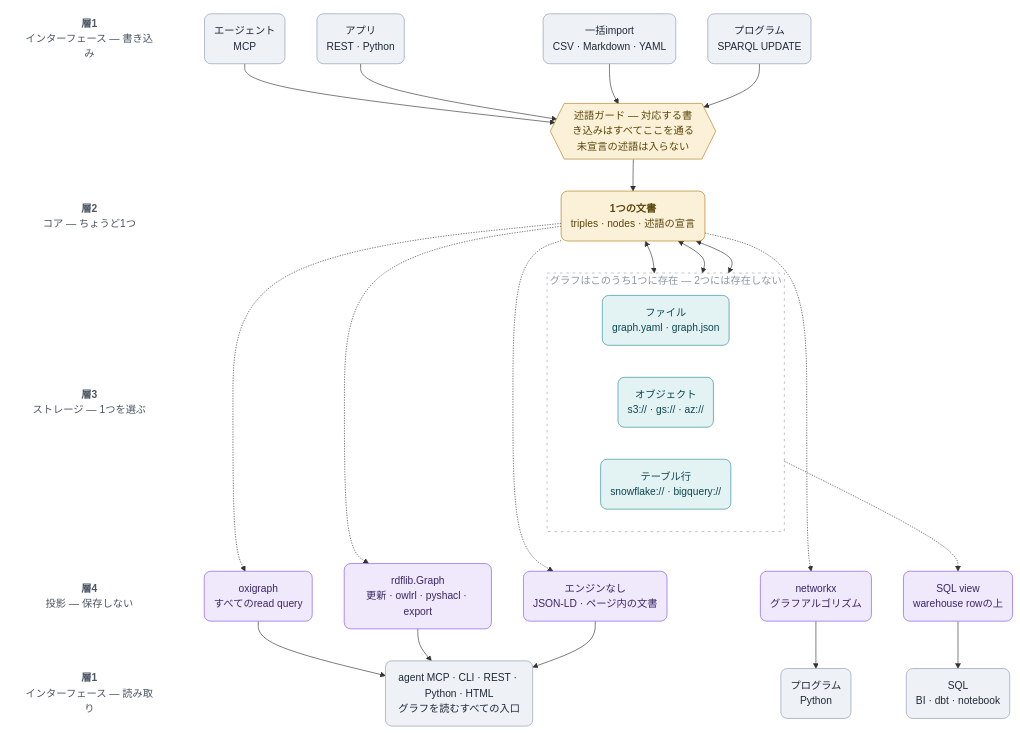
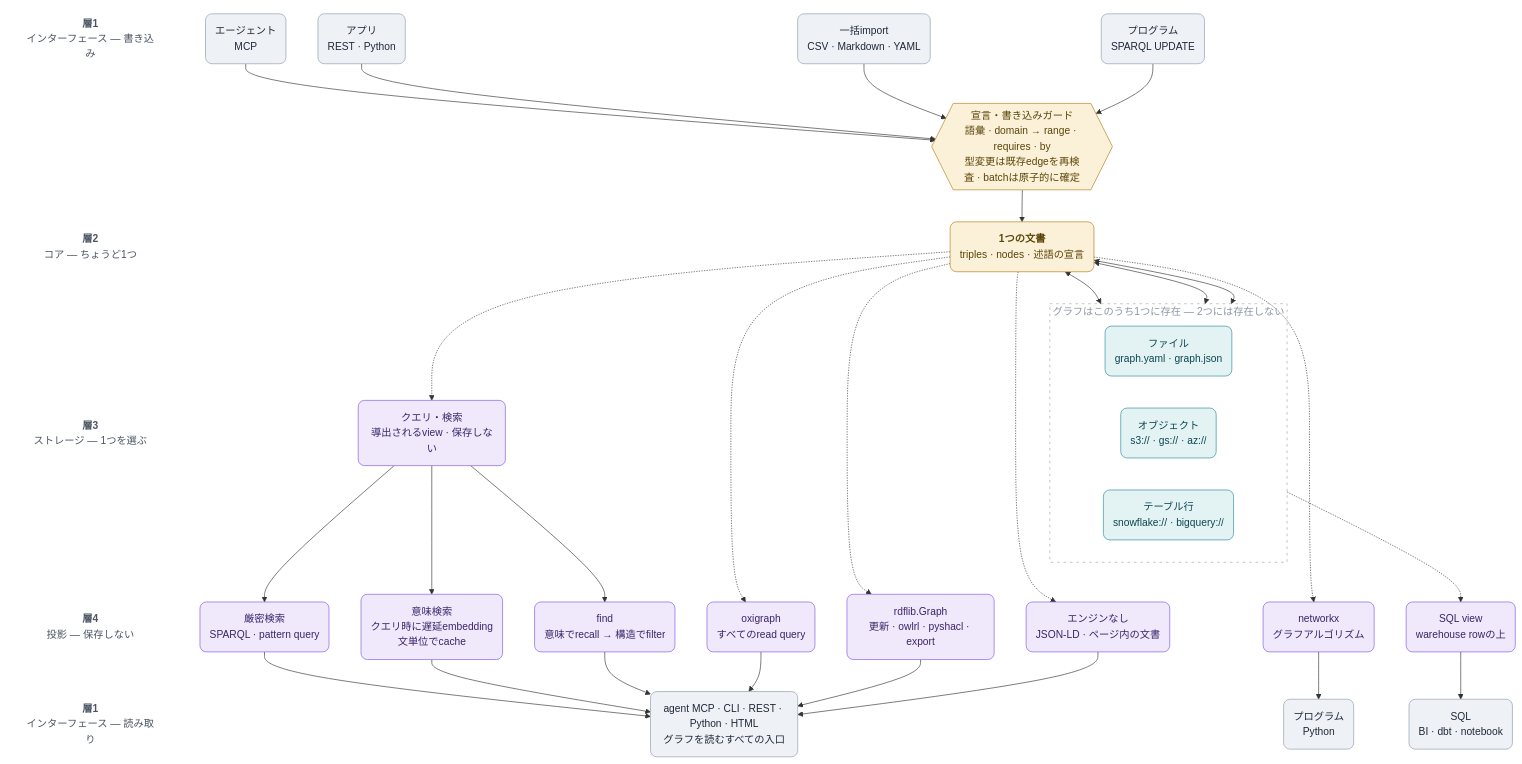
One commit to RyutoYoda/trikedb changed the diagram in docs/ARCHITECTURE_jp.md. Above: the diagram before and after it, drawn with Mermaid. The commit also changed other lines of this file and 2 other files, not shown here.

Commit message:
docs: show guarded writes and query retrieval layers

````diff
--- a/docs/ARCHITECTURE_jp.md
+++ b/docs/ARCHITECTURE_jp.md
@@ -7,66 +7,77 @@
 ```mermaid
 flowchart TB
     LA["<b>層1</b><br/>インターフェース — 書き込み"]
     LG[" "]
     LB["<b>層2</b><br/>コア — ちょうど1つ"]
     LC["<b>層3</b><br/>ストレージ — 1つを選ぶ"]
     LD["<b>層4</b><br/>投影 — 保存しない"]
     LE["<b>層1</b><br/>インターフェース — 読み取り"]
     LA ~~~ LG ~~~ LB ~~~ LC ~~~ LD ~~~ LE
 
     WA("エージェント<br/>MCP")
     WC("アプリ<br/>REST · Python")
     WI("一括import<br/>CSV · Markdown · YAML")
     WP("プログラム<br/>SPARQL UPDATE")
-    G{{"述語ガード — 対応する書き込みはすべてここを通る<br/>未宣言の述語は入らない"}}
+    G{{"宣言・書き込みガード<br/>語彙 · domain → range · requires · by<br/>型変更は既存edgeを再検査 · batchは原子的に確定"}}
     C("<b>1つの文書</b><br/>triples · nodes · 述語の宣言")
     subgraph pick["グラフはこのうち1つに存在 — 2つには存在しない"]
         direction LR
         SF("ファイル<br/>graph.yaml · graph.json")
         SO("オブジェクト<br/>s3:// · gs:// · az://")
         SW("テーブル行<br/>snowflake:// · bigquery://")
     end
     PO("oxigraph<br/>すべてのread query")
     PR("rdflib.Graph<br/>更新 · owlrl · pyshacl · export")
     PN("networkx<br/>グラフアルゴリズム")
     PV("SQL view<br/>warehouse rowの上")
     PD("エンジンなし<br/>JSON-LD · ページ内の文書")
+    Q("クエリ・検索<br/>導出されるview · 保存しない")
+    QE("厳密検索<br/>SPARQL · pattern query")
+    QS("意味検索<br/>クエリ時に遅延embedding<br/>文単位でcache")
+    QF("find<br/>意味でrecall → 構造でfilter")
     RQ("agent MCP · CLI · REST · Python · HTML<br/>グラフを読むすべての入口")
     RG("プログラム<br/>Python")
     RS("SQL<br/>BI · dbt · notebook")
 
     WA --> G
     WC --> G
     WI --> G
     WP --> G
     G --> C
     C <--> SF
     C <--> SO
     C <--> SW
     SF ~~~ PO
     SF ~~~ PR
     SO ~~~ PN
     SW -.-> PV
     SW ~~~ PD
     C -.-> PO
     C -.-> PR
     C -.-> PN
     C -.-> PD
+    C -.-> Q
+    Q --> QE
+    Q --> QS
+    Q --> QF
+    QE --> RQ
+    QS --> RQ
+    QF --> RQ
     PO --> RQ
     PR --> RQ
     PN --> RG
     PV --> RS
     PD --> RQ
 
     style pick fill:none,stroke:#9aa4b3,stroke-width:1px,stroke-dasharray:4 6,color:#8d97a6
     classDef lbl fill:none,stroke:none,color:#4b5563
     classDef iface fill:#eef1f6,stroke:#8d9aad,color:#1f2937,rx:10,ry:10
     classDef core fill:#fbf1d8,stroke:#b07d17,color:#5a4409,rx:10,ry:10
     classDef store fill:#e3f3f4,stroke:#2b8a9c,color:#0c454f,rx:10,ry:10
     classDef proj fill:#efe9fb,stroke:#8055e6,color:#3a2568,rx:10,ry:10
     class LA,LG,LB,LC,LD,LE lbl
     class WA,WC,WI,WP,RQ,RG,RS iface
     class C,G core
     class SF,SO,SW store
-    class PO,PR,PN,PV,PD proj
+    class PO,PR,PN,PV,PD,Q,QE,QS,QF proj
 ```
````
